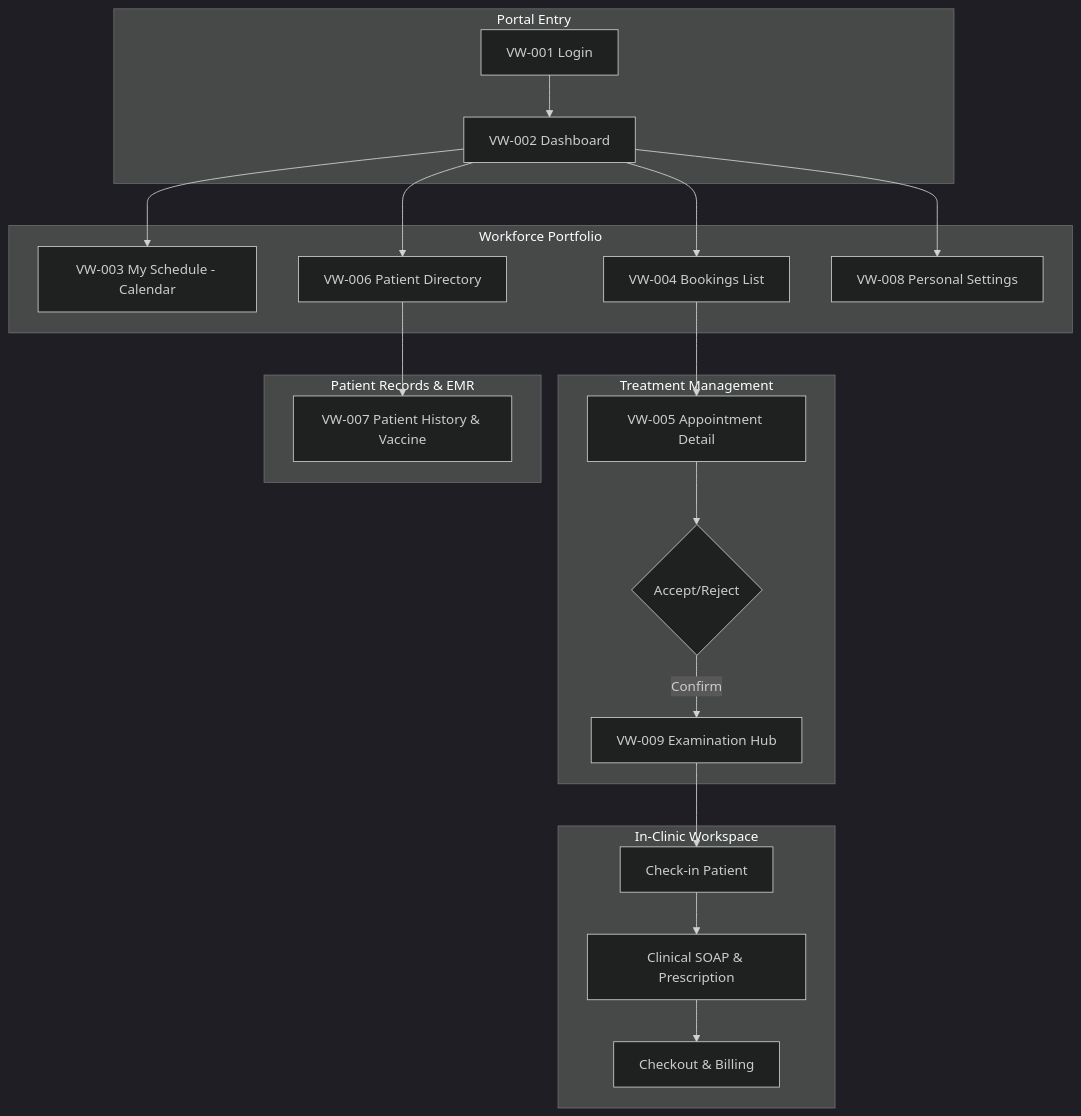
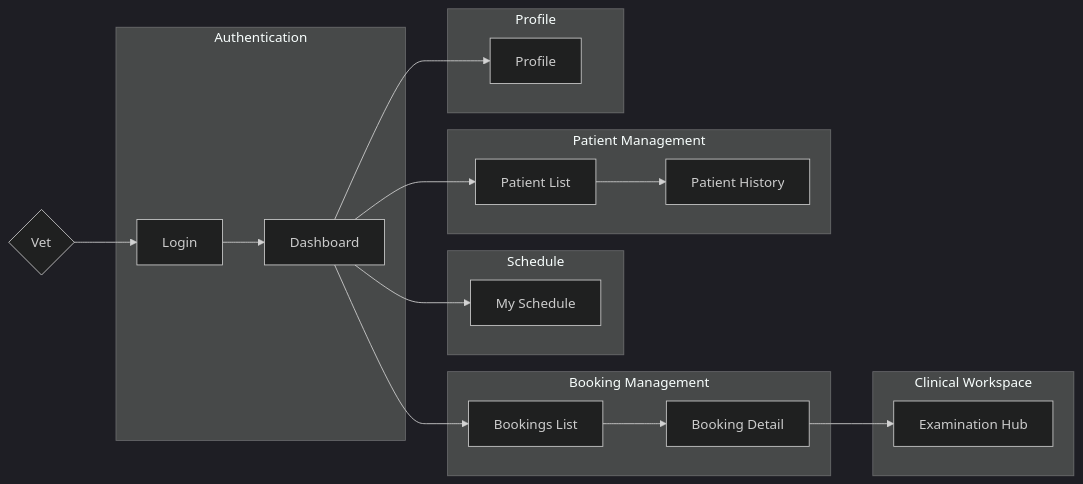
Before and after one commit to espresso23/Petties-Veterinary-Appointment-Booking-Platform: the fifth of 9 diagrams in docs-references/documentation/SRS/PETTIES_SRS.md, drawn with Mermaid (dark theme). The commit also changed other lines of this file and 2 other files, not shown here.

````diff
--- a/docs-references/documentation/SRS/PETTIES_SRS.md
+++ b/docs-references/documentation/SRS/PETTIES_SRS.md
@@ -433,29 +466,30 @@
 ```mermaid
-flowchart TB
-    subgraph "Portal Entry"
-        VW_LOGIN[VW-001 Login] --> VW_DASH[VW-002 Dashboard]
-    end
-    
-    subgraph "Workforce Portfolio"
-        VW_DASH --> VW_SCHED[VW-003 My Schedule - Calendar]
-        VW_DASH --> VW_BOOKINGS[VW-004 Bookings List]
-        VW_DASH --> VW_PATIENTS[VW-006 Patient Directory]
-        VW_DASH --> VW_PROFILE[VW-008 Personal Settings]
+flowchart LR
+    VET{Vet} --> VW001[Login]
+
+    subgraph Authentication
+        VW001 --> VW002[Dashboard]
     end
 
-    subgraph "Treatment Management"
-        VW_BOOKINGS --> VW_DETAIL[VW-005 Appointment Detail]
-        VW_DETAIL --> VW_TRIAGE{Accept/Reject}
-        VW_TRIAGE -->|Confirm| VW_EXAM[VW-009 Examination Hub]
+    subgraph Schedule
+        VW002 --> VW003[My Schedule]
     end
 
-    subgraph "In-Clinic Workspace"
-        VW_EXAM --> VW_CHECKIN[Check-in Patient]
-        VW_CHECKIN --> VW_SOAP[Clinical SOAP & Prescription]
-        VW_SOAP --> VW_CHECKOUT[Checkout & Billing]
+    subgraph Booking_Management[Booking Management]
+        VW002 --> VW004[Bookings List]
+        VW004 --> VW005[Booking Detail]
     end
-    
-    subgraph "Patient Records & EMR"
-        VW_PATIENTS --> VW_HISTORY[VW-007 Patient History & Vaccine]
+
+    subgraph Clinical_Workspace[Clinical Workspace]
+        VW005 --> VW009[Examination Hub]
+    end
+
+    subgraph Patient_Management[Patient Management]
+        VW002 --> VW006[Patient List]
+        VW006 --> VW007[Patient History]
+    end
+
+    subgraph Profile
+        VW002 --> VW008[Profile]
     end
 ```
````
